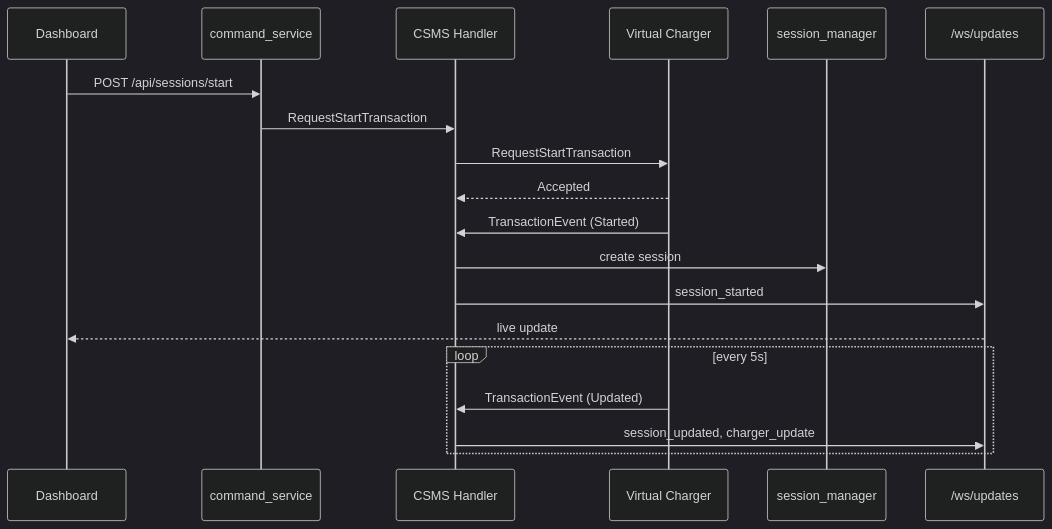
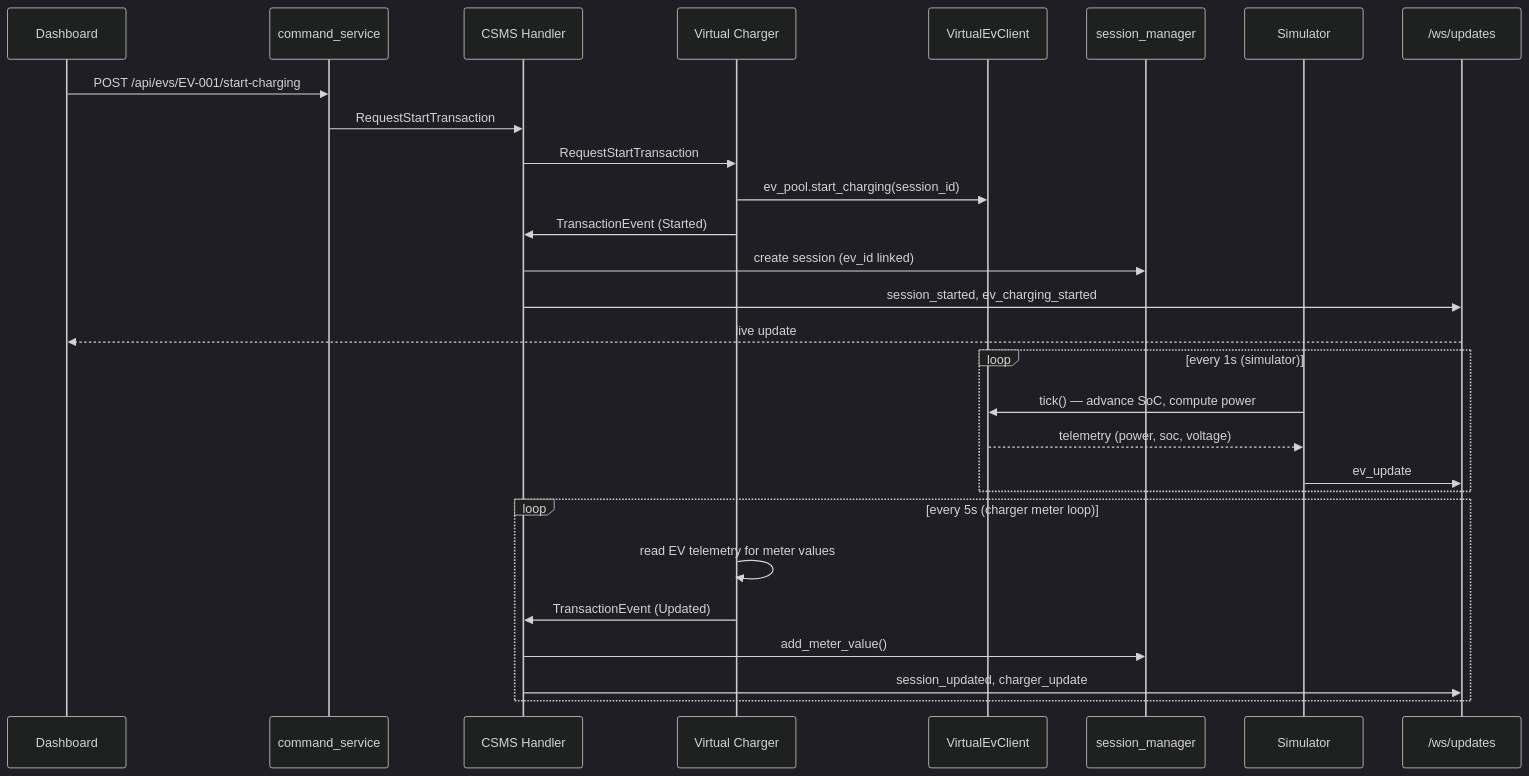
Before and after one commit to Shriyansh2004/EV-SIM-backend: the seventh of 11 diagrams in README.md, drawn with Mermaid (dark theme). The commit also changed other lines of this file, not shown here.

Commit message:
Update the README.md file after adding EV Simulator in the backend and frontend

````diff
--- a/README.md
+++ b/README.md
@@ -342,22 +524,33 @@
 ```mermaid
 sequenceDiagram
     participant FE as Dashboard
     participant CMD as command_service
     participant CSMS as CSMS Handler
     participant CP as Virtual Charger
+    participant EV as VirtualEvClient
     participant SM as session_manager
+    participant SIM as Simulator
     participant WS as /ws/updates
 
-    FE->>CMD: POST /api/sessions/start
+    FE->>CMD: POST /api/evs/EV-001/start-charging
     CMD->>CSMS: RequestStartTransaction
     CSMS->>CP: RequestStartTransaction
-    CP-->>CSMS: Accepted
+    CP->>EV: ev_pool.start_charging(session_id)
     CP->>CSMS: TransactionEvent (Started)
-    CSMS->>SM: create session
-    CSMS->>WS: session_started
+    CSMS->>SM: create session (ev_id linked)
+    CSMS->>WS: session_started, ev_charging_started
     WS-->>FE: live update
-    loop every 5s
+
+    loop every 1s (simulator)
+        SIM->>EV: tick() — advance SoC, compute power
+        EV-->>SIM: telemetry (power, soc, voltage)
+        SIM->>WS: ev_update
+    end
+
+    loop every 5s (charger meter loop)
+        CP->>CP: read EV telemetry for meter values
         CP->>CSMS: TransactionEvent (Updated)
+        CSMS->>SM: add_meter_value()
         CSMS->>WS: session_updated, charger_update
     end
 ```
````
